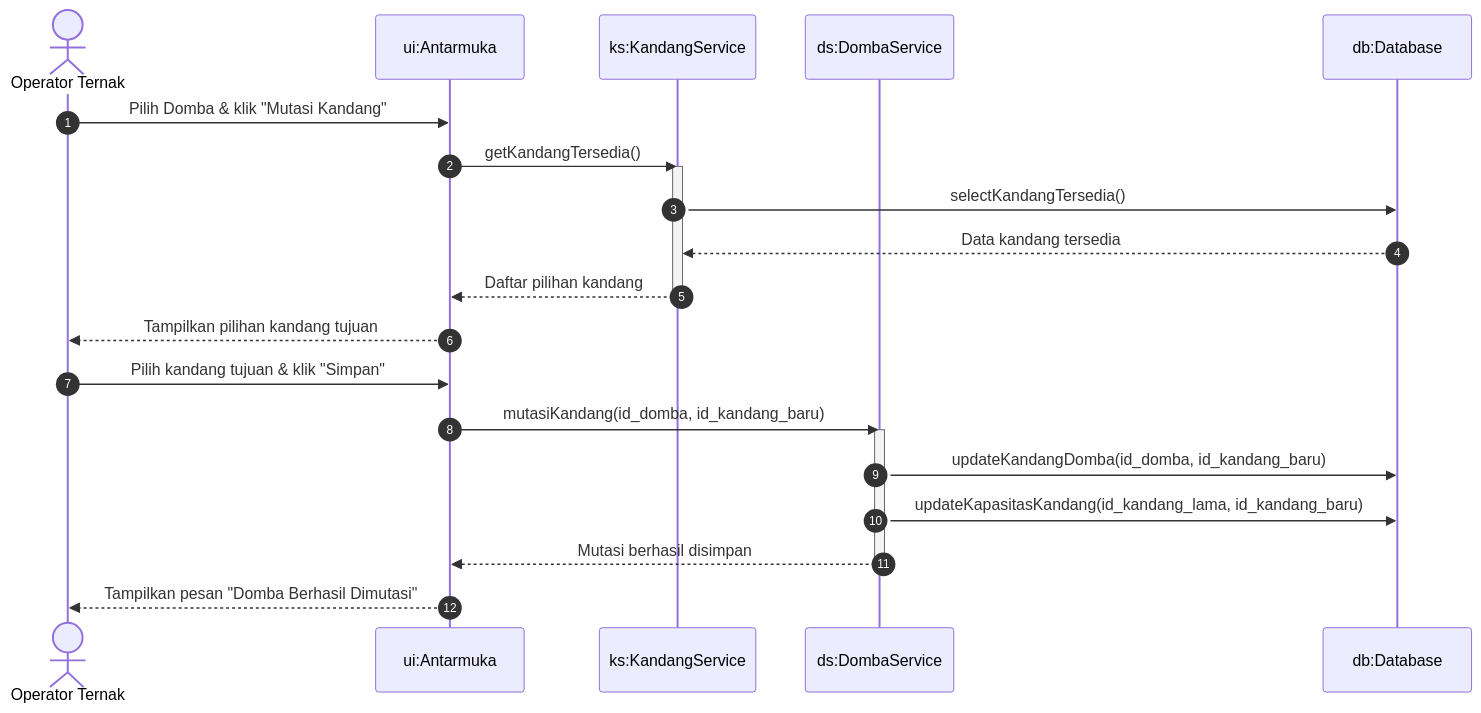
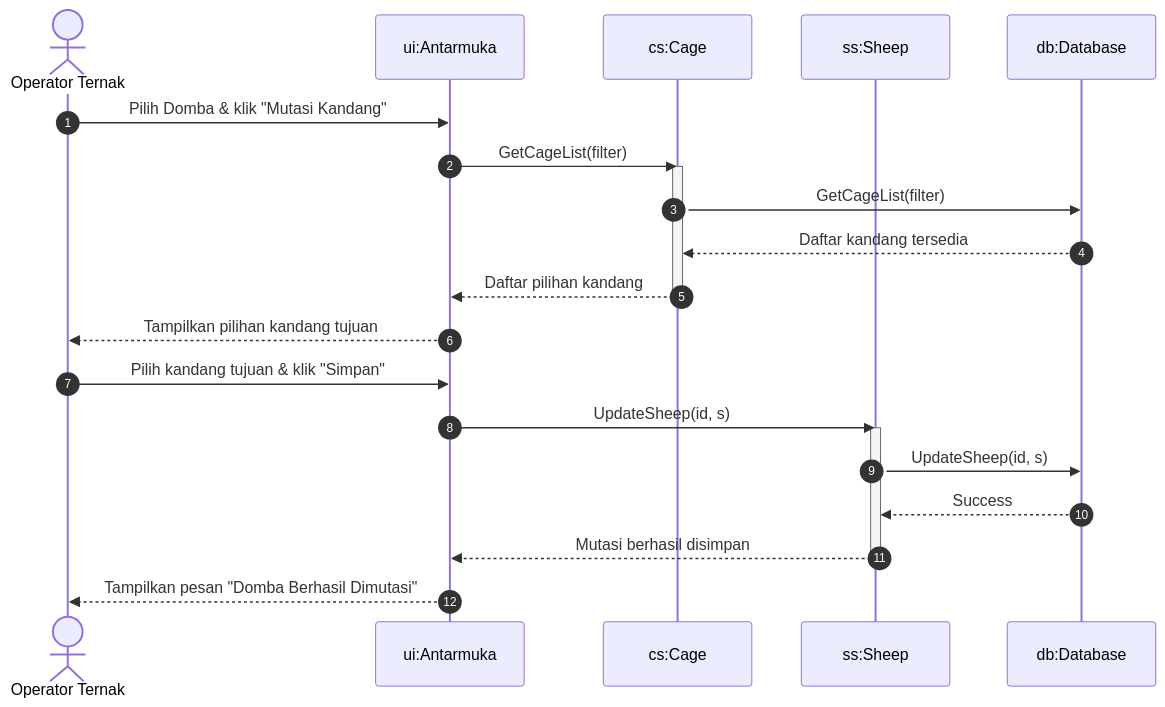
One commit to MuhammadHamidy/Farmease changed the third of 11 diagrams in docs/livestock_module_sequence_diagrams.md. Above: the diagram before and after it, drawn with Mermaid. The commit also changed other lines of this file and 299 other files, not shown here.

````diff
--- a/docs/livestock_module_sequence_diagrams.md
+++ b/docs/livestock_module_sequence_diagrams.md
@@ -69,27 +62,27 @@
 ```mermaid
 sequenceDiagram
     autonumber
     actor Operator as Operator Ternak
     participant UI as ui:Antarmuka
-    participant KS as ks:KandangService
-    participant DS as ds:DombaService
+    participant CS as cs:Cage
+    participant SS as ss:Sheep
     participant DB as db:Database
 
     Operator->>UI: Pilih Domba & klik "Mutasi Kandang"
-    UI->>KS: getKandangTersedia()
-    activate KS
-    KS->>DB: selectKandangTersedia()
-    DB-->>KS: Data kandang tersedia
-    KS-->>UI: Daftar pilihan kandang
-    deactivate KS
+    UI->>CS: GetCageList(filter)
+    activate CS
+    CS->>DB: GetCageList(filter)
+    DB-->>CS: Daftar kandang tersedia
+    CS-->>UI: Daftar pilihan kandang
+    deactivate CS
     UI-->>Operator: Tampilkan pilihan kandang tujuan
 
     Operator->>UI: Pilih kandang tujuan & klik "Simpan"
-    UI->>DS: mutasiKandang(id_domba, id_kandang_baru)
-    activate DS
-    DS->>DB: updateKandangDomba(id_domba, id_kandang_baru)
-    DS->>DB: updateKapasitasKandang(id_kandang_lama, id_kandang_baru)
-    DS-->>UI: Mutasi berhasil disimpan
-    deactivate DS
+    UI->>SS: UpdateSheep(id, s)
+    activate SS
+    SS->>DB: UpdateSheep(id, s)
+    DB-->>SS: Success
+    SS-->>UI: Mutasi berhasil disimpan
+    deactivate SS
     UI-->>Operator: Tampilkan pesan "Domba Berhasil Dimutasi"
 ```
````
